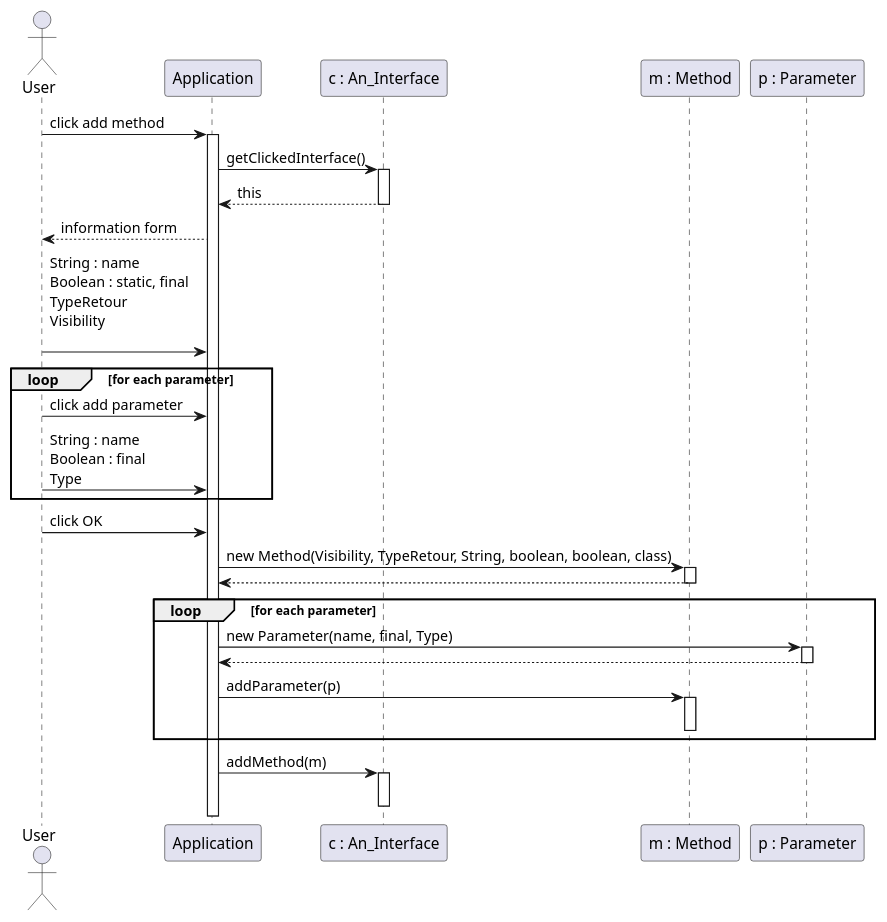
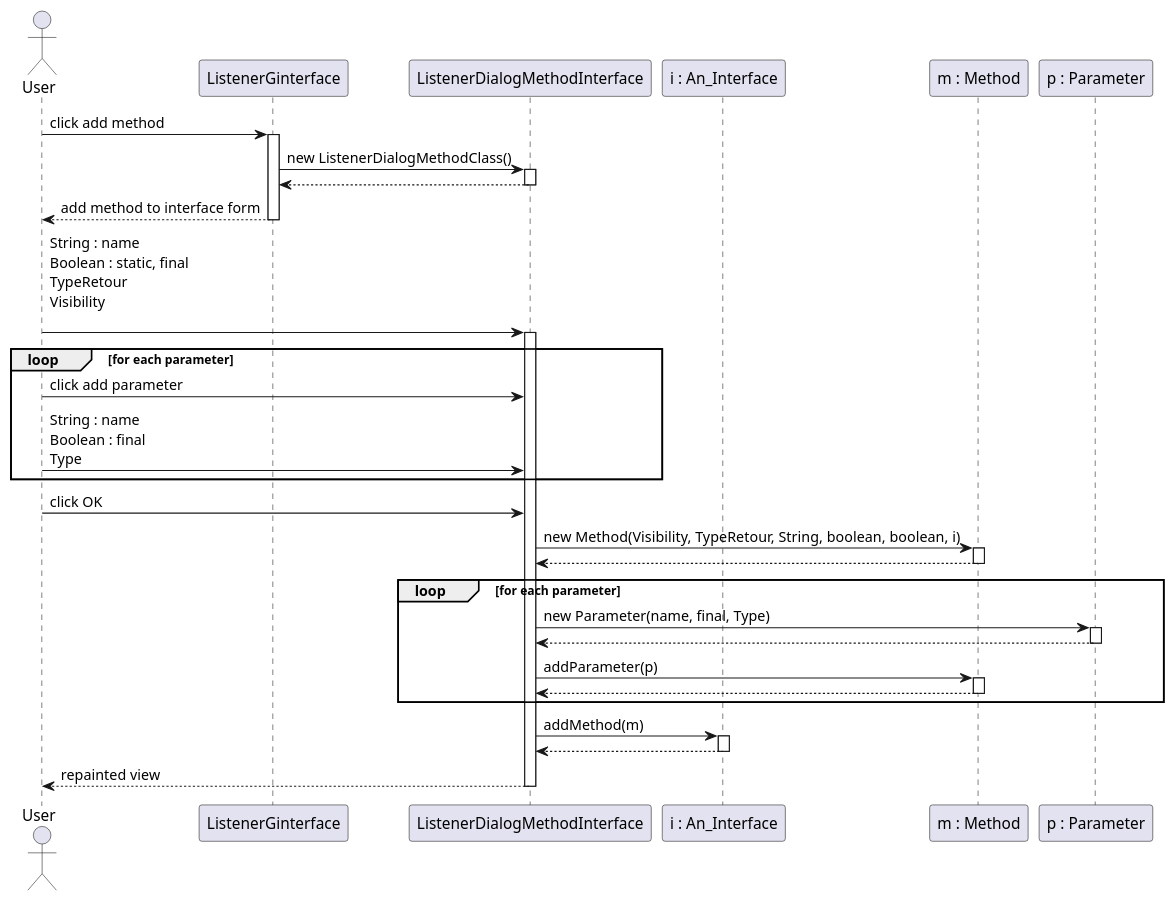
The diagram in src/com/github/tomap/uml/conception/sequenceDiagrams/addMethodInterface.puml (Phalexei/Modeleur), drawn with PlantUML before and after one commit. The commit also changed 7 other files, not shown here.

Commit message:
diagrammes de séquence

```diff
--- a/src/com/github/tomap/uml/conception/sequenceDiagrams/addMethodInterface.puml
+++ b/src/com/github/tomap/uml/conception/sequenceDiagrams/addMethodInterface.puml
@@ -1,45 +1,55 @@
 @startuml
 
     actor User as u
-    participant Application as a
-    participant "c : An_Interface" as i
+    participant ListenerGinterface as lgi
+    participant ListenerDialogMethodInterface as lmi
+    participant "i : An_Interface" as i
     participant "m : Method" as m
     participant "p : Parameter" as p
 
+    u -> lgi: click add method
+    activate lgi
 
-    u -> a: click add method
-    activate a
+    lgi -> lmi : new ListenerDialogMethodClass()
+    activate lmi
+    lmi --> lgi
+    deactivate lmi
 
-    a -> i: getClickedInterface()
-    activate i
+    lgi --> u : add method to interface form
+    deactivate lgi
 
-    i --> a: this
-    deactivate i
+    
 
-    a --> u: information form
-
-    u -> a: String : name\nBoolean : static, final\nTypeRetour\nVisibility\n
+    u -> lmi: String : name\nBoolean : static, final\nTypeRetour\nVisibility\n
+    activate lmi
     loop for each parameter
-        u -> a: click add parameter
-        u -> a: String : name\nBoolean : final\nType
+        u -> lmi: click add parameter
+        u -> lmi: String : name\nBoolean : final\nType
     end
 
-    u -> a: click OK
-    a -> m: new Method(Visibility, TypeRetour, String, boolean, boolean, class)
+    u -> lmi: click OK
+
+
+    lmi -> m: new Method(Visibility, TypeRetour, String, boolean, boolean, i)
     activate m
-    m --> a
+    m --> lmi
     deactivate m
     loop for each parameter
-        a -> p: new Parameter(name, final, Type)
+        lmi -> p: new Parameter(name, final, Type)
         activate p
-        p --> a
+        p --> lmi
         deactivate p
-        a -> m: addParameter(p)
+        lmi -> m: addParameter(p)
         activate m
+        m --> lmi
         deactivate m
     end
     deactivate m
-    a -> i: addMethod(m)
+    lmi -> i: addMethod(m)
     activate i
+    i --> lmi
     deactivate i
+
+    lmi --> u: repainted view
+    deactivate lmi
 @enduml
```
